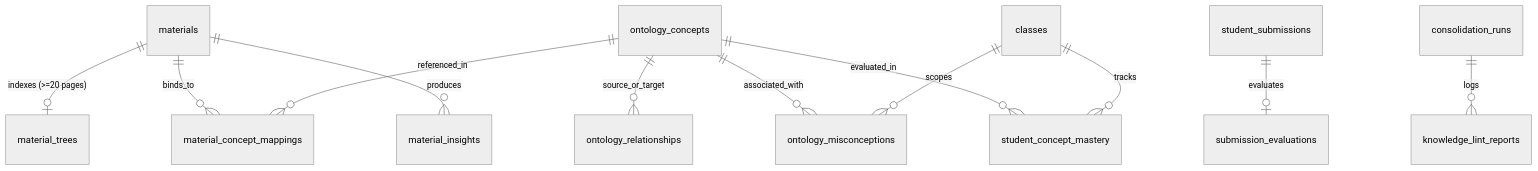
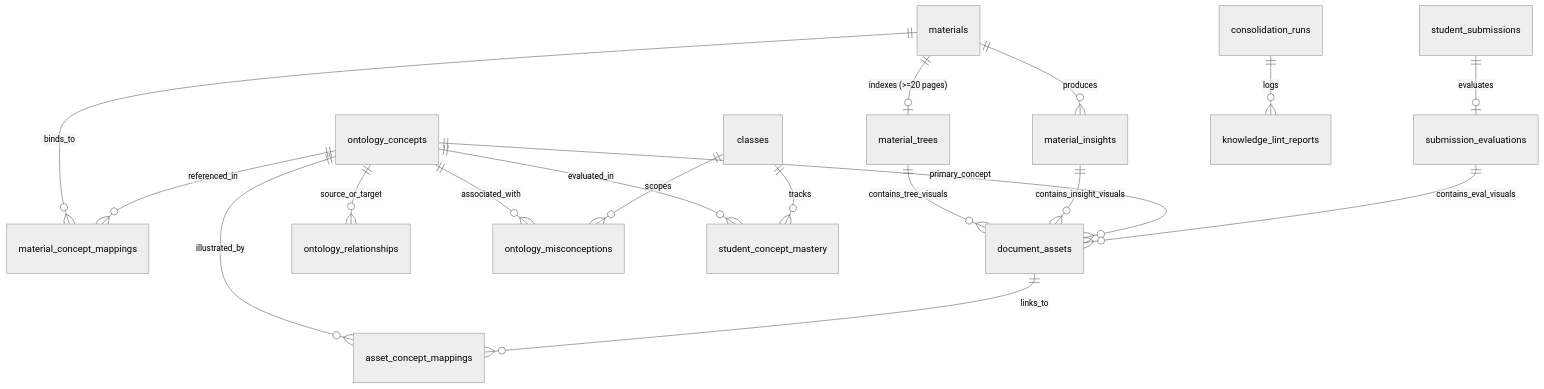
The fifth of 5 diagrams in docs/systems/database_and_storage.md (VictorBravo9er/Teacher-Assistant-Workspace), drawn with Mermaid (neutral theme) before and after one commit. The commit also changed other lines of this file and 43 other files, not shown here.

````diff
--- a/docs/systems/database_and_storage.md
+++ b/docs/systems/database_and_storage.md
@@ -282,15 +286,21 @@
 ```mermaid
 %%{init: {'flowchart': {'curve': 'linear'}}}%%
 erDiagram
     materials ||--o| material_trees : "indexes (>=20 pages)"
     materials ||--o{ material_concept_mappings : "binds_to"
     materials ||--o{ material_insights : "produces"
+    material_trees ||--o{ document_assets : "contains_tree_visuals"
+    material_insights ||--o{ document_assets : "contains_insight_visuals"
     ontology_concepts ||--o{ ontology_relationships : "source_or_target"
     ontology_concepts ||--o{ ontology_misconceptions : "associated_with"
     ontology_concepts ||--o{ material_concept_mappings : "referenced_in"
+    ontology_concepts ||--o{ asset_concept_mappings : "illustrated_by"
+    ontology_concepts ||--o{ document_assets : "primary_concept"
     ontology_concepts ||--o{ student_concept_mastery : "evaluated_in"
+    document_assets ||--o{ asset_concept_mappings : "links_to"
     student_submissions ||--o| submission_evaluations : "evaluates"
+    submission_evaluations ||--o{ document_assets : "contains_eval_visuals"
     classes ||--o{ student_concept_mastery : "tracks"
     classes ||--o{ ontology_misconceptions : "scopes"
     consolidation_runs ||--o{ knowledge_lint_reports : "logs"
 ```
````
